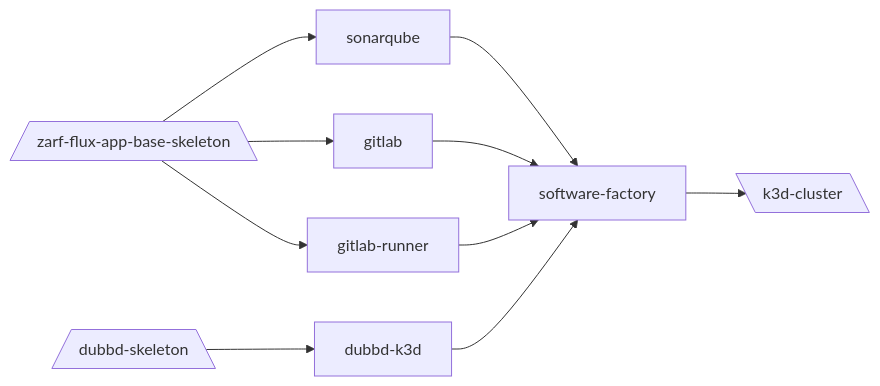
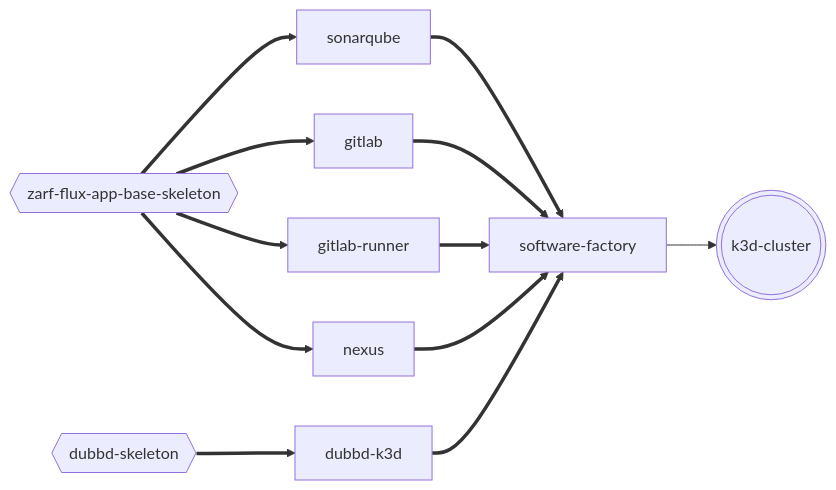
Before and after one commit to anthonywendt/uds-software-factory-playground: the diagram in README.md, drawn with Mermaid. The commit also changed other lines of this file, not shown here.

Commit message:
Update README and diagram

````diff
--- a/README.md
+++ b/README.md
@@ -11,17 +11,15 @@
 ```mermaid
 graph LR;
-  skel1[/zarf-flux-app-base-skeleton\]
-  skel2[/dubbd-skeleton\]
+  skel1{{zarf-flux-app-base-skeleton}}
+  skel2{{dubbd-skeleton}}
 
-  skel2 --> dubbd-k3d
-  skel1 --> gitlab
-  skel1 --> gitlab-runner
-  skel1 --> sonarqube
+  skel2 ==> dubbd-k3d
+  skel1 ==> gitlab
+  skel1 ==> gitlab-runner
+  skel1 ==> sonarqube
+  skel1 ==> nexus
 
-  sonarqube --> software-factory
-  gitlab --> software-factory
-  gitlab-runner --> software-factory
-  dubbd-k3d --> software-factory
+  sonarqube & gitlab & gitlab-runner & nexus & dubbd-k3d ==> software-factory
 
-  software-factory --> k3d-cluster[\k3d-cluster\]
+  software-factory --> k3d-cluster(((k3d-cluster)))
 ```
````
